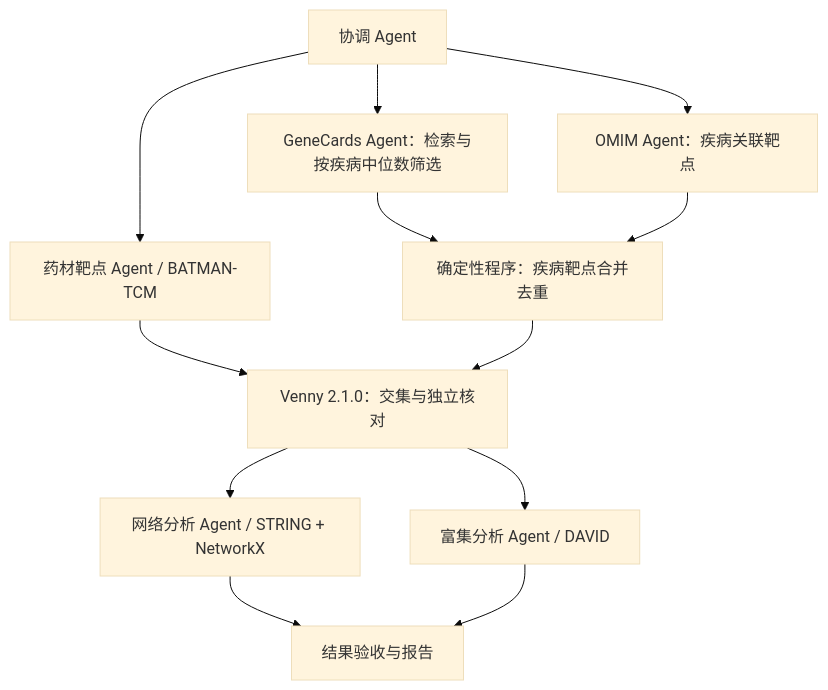
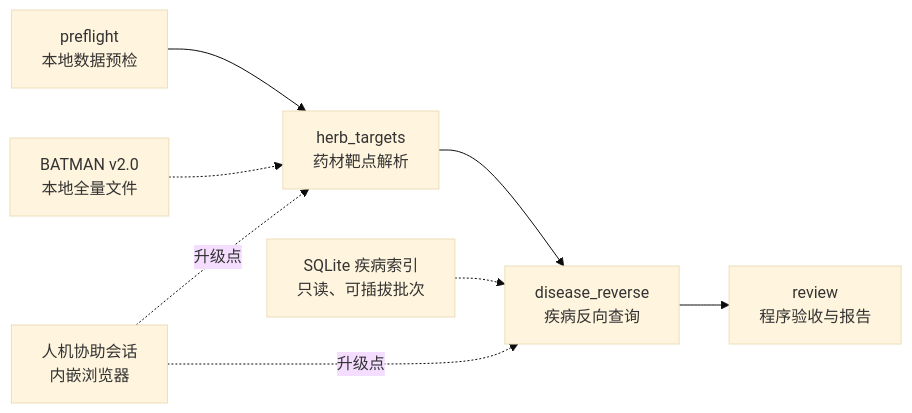
One commit to HappyLifeToCode/PharmacologyMultiAgent changed the diagram in README.md. Above: the diagram before and after it, drawn with Mermaid (base theme). The commit also changed other lines of this file and 20 other files, not shown here.

````diff
--- a/README.md
+++ b/README.md
@@ -76,14 +53,10 @@
 ```mermaid
-flowchart TD
-    C[协调 Agent] --> H[药材靶点 Agent / BATMAN-TCM]
-    C --> GC[GeneCards Agent：检索与按疾病中位数筛选]
-    C --> OM[OMIM Agent：疾病关联靶点]
-    GC --> D[确定性程序：疾病靶点合并去重]
-    OM --> D
-    H --> V[Venny 2.1.0：交集与独立核对]
-    D --> V
-    V --> N[网络分析 Agent / STRING + NetworkX]
-    V --> E[富集分析 Agent / DAVID]
-    N --> R[结果验收与报告]
-    E --> R
+flowchart LR
+    A[preflight<br/>本地数据预检] --> B[herb_targets<br/>药材靶点解析]
+    B --> C[disease_reverse<br/>疾病反向查询]
+    C --> D[review<br/>程序验收与报告]
+    E[BATMAN v2.0<br/>本地全量文件] -.-> B
+    F[SQLite 疾病索引<br/>只读、可插拔批次] -.-> C
+    G[人机协助会话<br/>内嵌浏览器] -. 升级点 .-> B
+    G -. 升级点 .-> C
 ```
````
